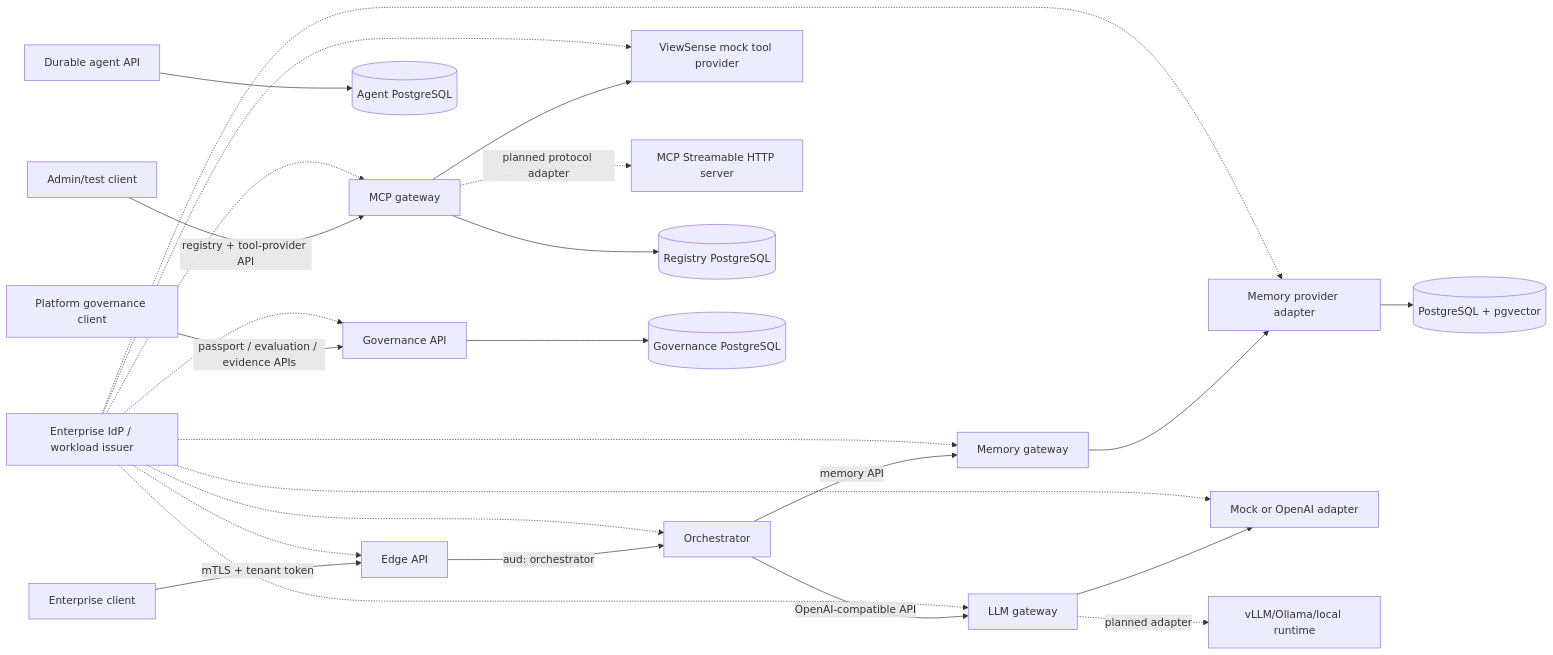
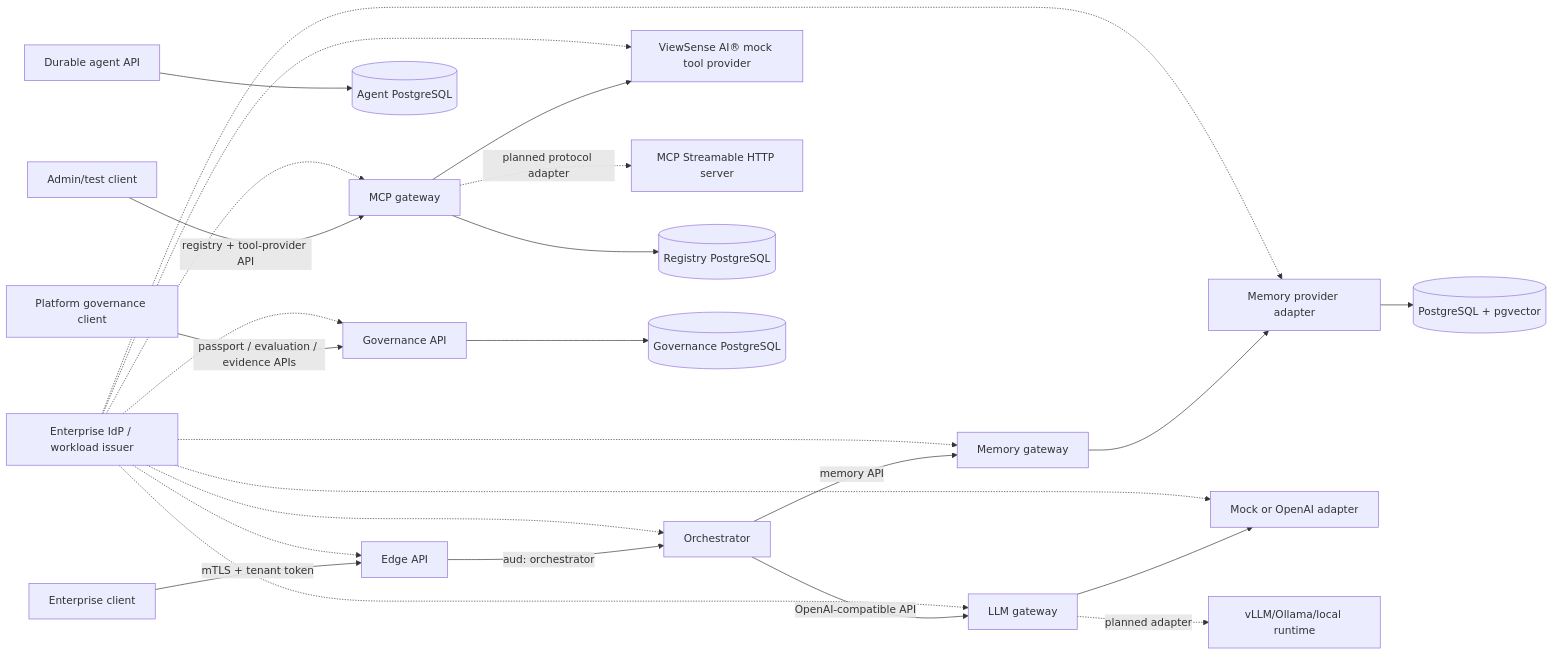
One commit to diaryfolio/aiops-fabric changed the diagram in TECHNICAL_README.md. Above: the diagram before and after it, drawn with Mermaid. The commit also changed other lines of this file and 83 other files, not shown here.

````diff
--- a/TECHNICAL_README.md
+++ b/TECHNICAL_README.md
@@ -28,19 +28,19 @@
 ```mermaid
 flowchart LR
     C["Enterprise client"] -->|"mTLS + tenant token"| G["Edge API"]
     G -->|"aud: orchestrator"| O["Orchestrator"]
     O -->|"memory API"| MG["Memory gateway"]
     O -->|"OpenAI-compatible API"| LG["LLM gateway"]
     T["Admin/test client"] -->|"registry + tool-provider API"| XG["MCP gateway"]
     AR["Durable agent API"] --> AGDB[("Agent PostgreSQL")]
     A["Platform governance client"] -->|"passport / evaluation / evidence APIs"| V["Governance API"]
     MG --> MP["Memory provider adapter"]
     LG --> LP["Mock or OpenAI adapter"]
-    XG --> XP["ViewSense mock tool provider"]
+    XG --> XP["ViewSense AI® mock tool provider"]
     LG -. "planned adapter" .-> Local["vLLM/Ollama/local runtime"]
     XG -. "planned protocol adapter" .-> NativeMCP["MCP Streamable HTTP server"]
     MP --> PGV[("PostgreSQL + pgvector")]
     XG --> PGR[("Registry PostgreSQL")]
     V --> PG[("Governance PostgreSQL")]
     I["Enterprise IdP / workload issuer"] -.-> G & O & MG & LG & XG & V & MP & LP & XP
 ```
````
